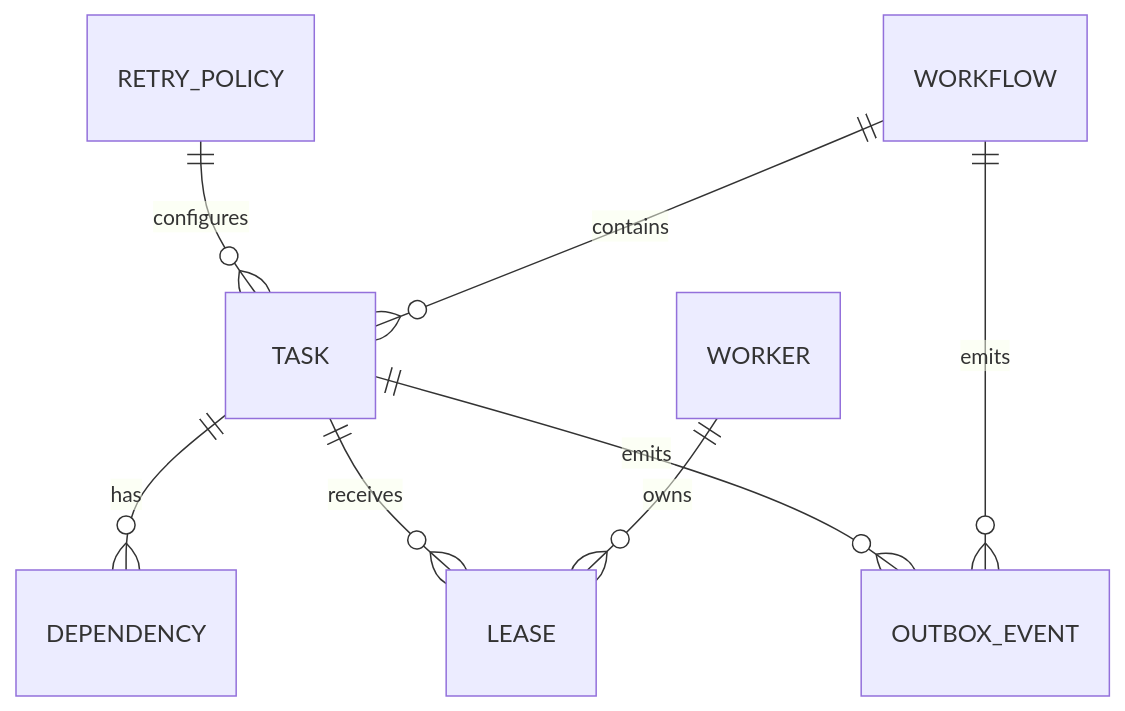
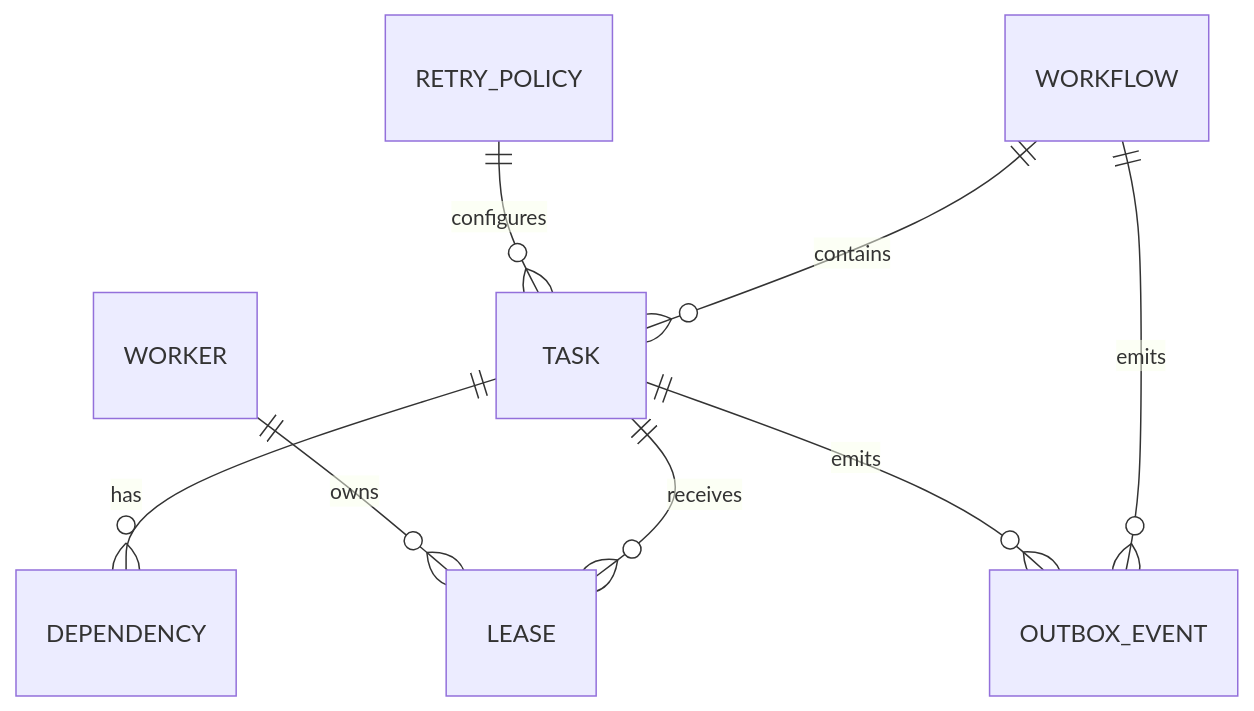
The diagram in docs/03-data-model-proposal.md (ashish-2141/flowforge-engine), drawn with Mermaid before and after one commit. The commit also changed other lines of this file, not shown here.

````diff
--- a/docs/03-data-model-proposal.md
+++ b/docs/03-data-model-proposal.md
@@ -16,10 +127,10 @@
 ```mermaid
 erDiagram
     WORKFLOW ||--o{ TASK : contains
     TASK ||--o{ DEPENDENCY : has
+    TASK ||--o{ LEASE : receives
     WORKER ||--o{ LEASE : owns
-    TASK ||--o{ LEASE : receives
     RETRY_POLICY ||--o{ TASK : configures
     WORKFLOW ||--o{ OUTBOX_EVENT : emits
     TASK ||--o{ OUTBOX_EVENT : emits
 ```
````
